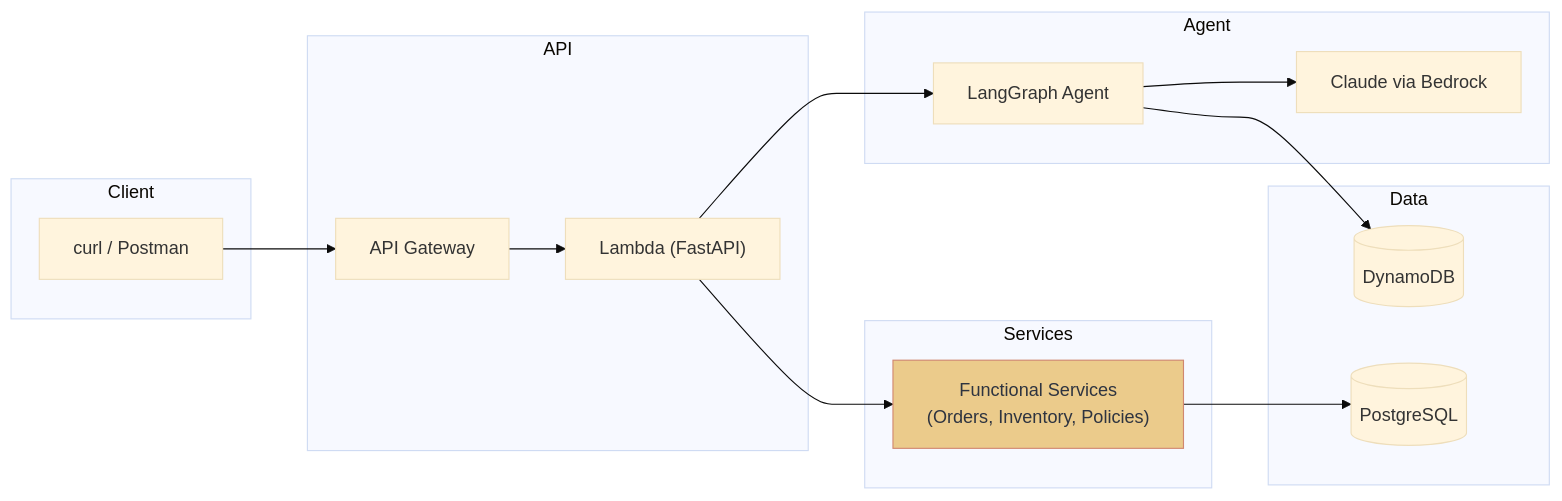
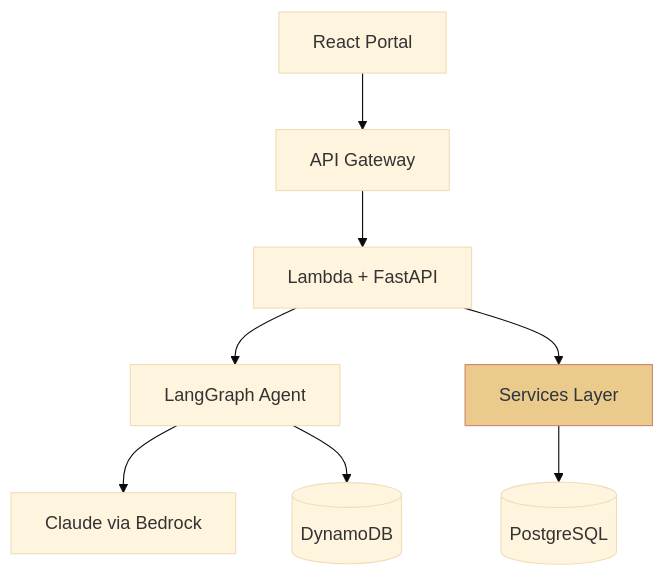
The second of 2 diagrams in docs/poc.md (brandonvio/brightthread), drawn with Mermaid (base theme) before and after one commit. The commit also changed other lines of this file and 1 other file, not shown here.

````diff
--- a/docs/poc.md
+++ b/docs/poc.md
@@ -96,34 +66,15 @@
 ```mermaid
-flowchart LR
-    subgraph Client
-        CLI[curl / Postman]
-    end
+flowchart TB
+    UI[React Portal] --> APIGW[API Gateway]
+    APIGW --> Lambda[Lambda + FastAPI]
 
-    subgraph API
-        APIGW[API Gateway]
-        Lambda["Lambda (FastAPI)"]
-    end
+    Lambda --> Agent[LangGraph Agent]
+    Lambda --> Svc[Services Layer]
 
-    subgraph Agent
-        LG["LangGraph Agent"]
-        Bedrock[Claude via Bedrock]
-    end
+    Agent --> Bedrock[Claude via Bedrock]
+    Agent --> DDB[(DynamoDB)]
 
-    subgraph Data
-        DDB[(DynamoDB)]
-        DB[(PostgreSQL)]
-    end
-
-    subgraph Services
-        Svc["Functional Services<br/>(Orders, Inventory, Policies)"]
-    end
-
-    CLI --> APIGW --> Lambda
-    Lambda --> LG
-    LG --> Bedrock
-    LG --> DDB
-    Lambda --> Svc
-    Svc --> DB
+    Svc --> RDS[(PostgreSQL)]
 
     style Svc fill:#EBCB8B,stroke:#D08770,color:#2E3440
 ```
````
